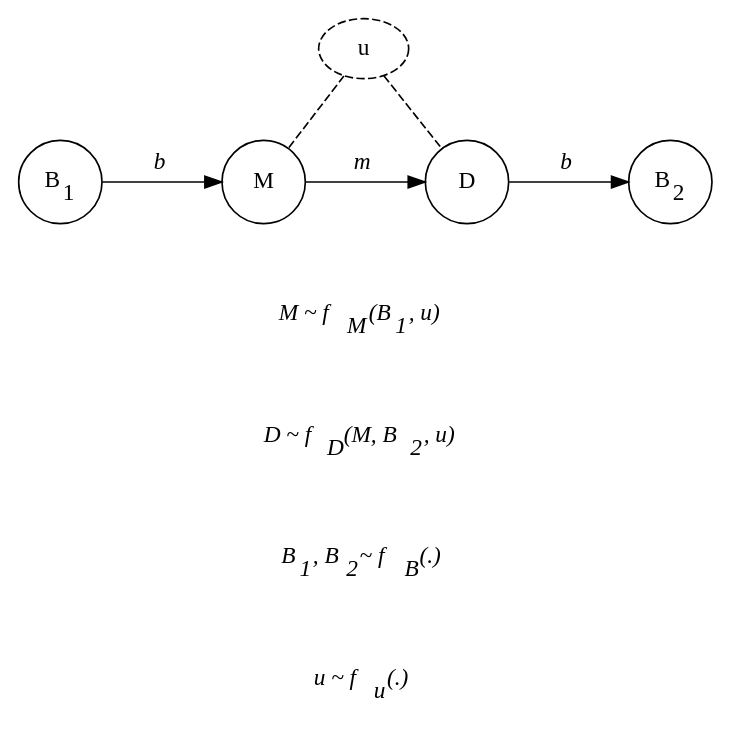
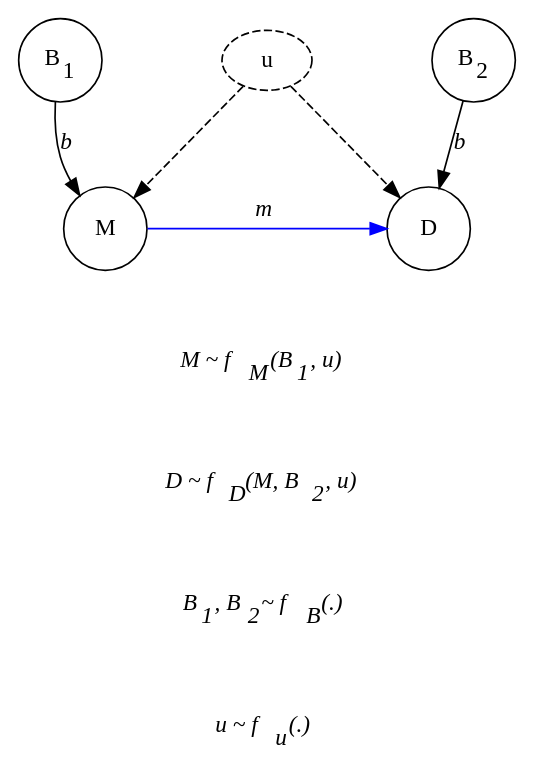
The diagram in Workflow_Demonstration/Graphviz_functions/Two_Moms_Causal_Diagram.gv (jhmorgan-netanomics/Netanomics_Analysts_Collaborative_Environment), drawn with Graphviz before and after one commit. The commit also changed 17 other files, not shown here.

```diff
--- a/Workflow_Demonstration/Graphviz_functions/Two_Moms_Causal_Diagram.gv
+++ b/Workflow_Demonstration/Graphviz_functions/Two_Moms_Causal_Diagram.gv
@@ -1,37 +1,38 @@
 // Two Moms Causal Diagram
 // Jonathan H. Morgan, Ph.D.
 // 22 January 2025
 
 digraph CausalDiagram {
     rankdir=TB;
     ranksep=0.5;
-    nodesep=0.5;
+    nodesep=1;
 
     // Define nodes
-    {rank=same; B1; M; D; B2}
+    {rank=same; B1; B2; U}
+    {rank=same; M; D}
     B1 [label=<B<sub>1</sub>>, shape=circle, width=0.7];
     M [label="M", shape=circle, width=0.7];
     D [label="D", shape=circle, width=0.7];
     B2 [label=<B<sub>2</sub>>, shape=circle, width=0.7];
     U [label="u", shape=ellipse, style=dashed];
 
     // Define edges with italicized labels
     B1 -> M [label=<<i>b</i>>];
-    M -> D [label=<<i>m</i>>];
-    D -> B2 [label=<<i>b</i>>];
-    U -> M [arrowhead=none, style=dashed];
-    U -> D [arrowhead=none, style=dashed];
+    M -> D [label=<<i>m</i>>, color=blue];
+    B2 -> D [label=<<i>b</i>>];
+    U -> M [style=dashed];
+    U -> D [style=dashed];
 
     // Define annotation text
     M_annot [label=<<i>M &#126; f<sub>M</sub>(B<sub>1</sub>, u)</i>>, shape=plaintext];
     D_annot [label=<<i>D &#126; f<sub>D</sub>(M, B<sub>2</sub>, u)</i>>, shape=plaintext];
     B_annot [label=<<i>B<sub>1</sub>, B<sub>2</sub> &#126; f<sub>B</sub>(.)</i>>, shape=plaintext];
     U_annot [label=<<i>u &#126; f<sub>u</sub>(.)</i>>, shape=plaintext];
 
     // Position annotations at the bottom
     M -> M_annot [style=invisible, arrowhead=none];
     D -> M_annot [style=invisible, arrowhead=none];
     M_annot -> D_annot [style=invisible, arrowhead=none];
     D_annot -> B_annot [style=invisible, arrowhead=none];
     B_annot -> U_annot [style=invisible, arrowhead=none];
 }
```
